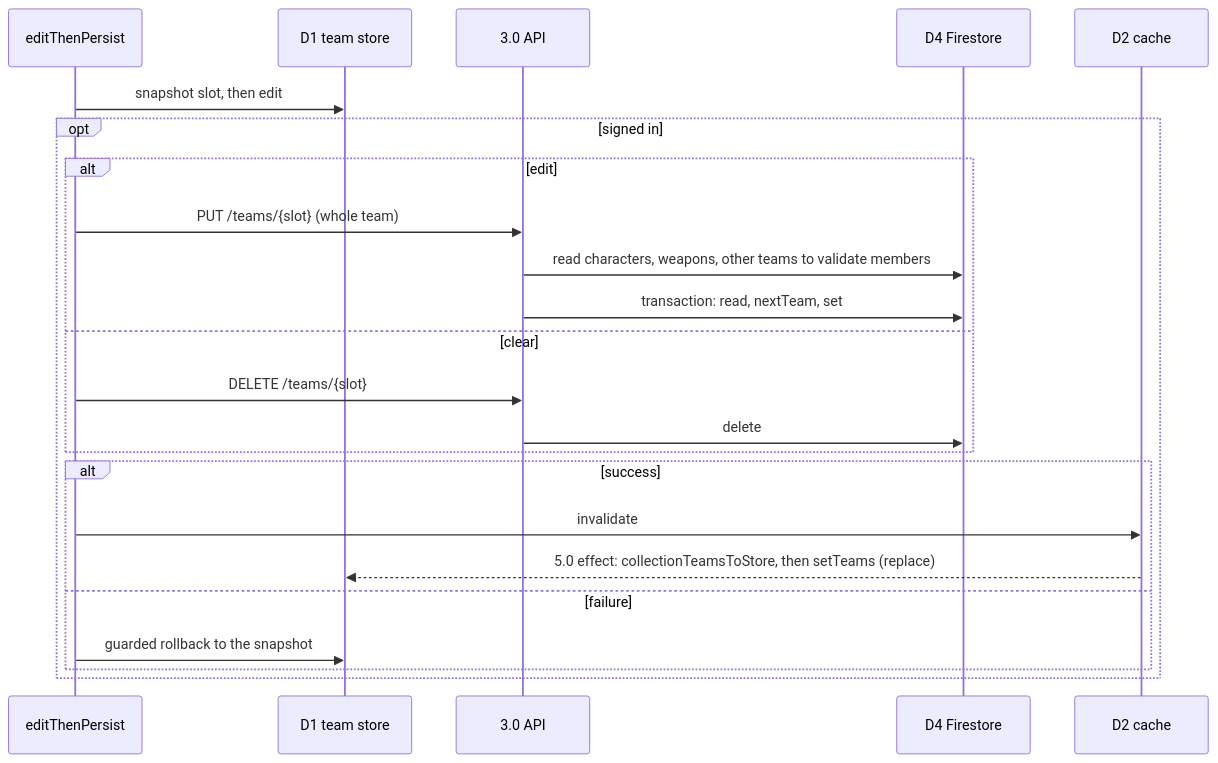
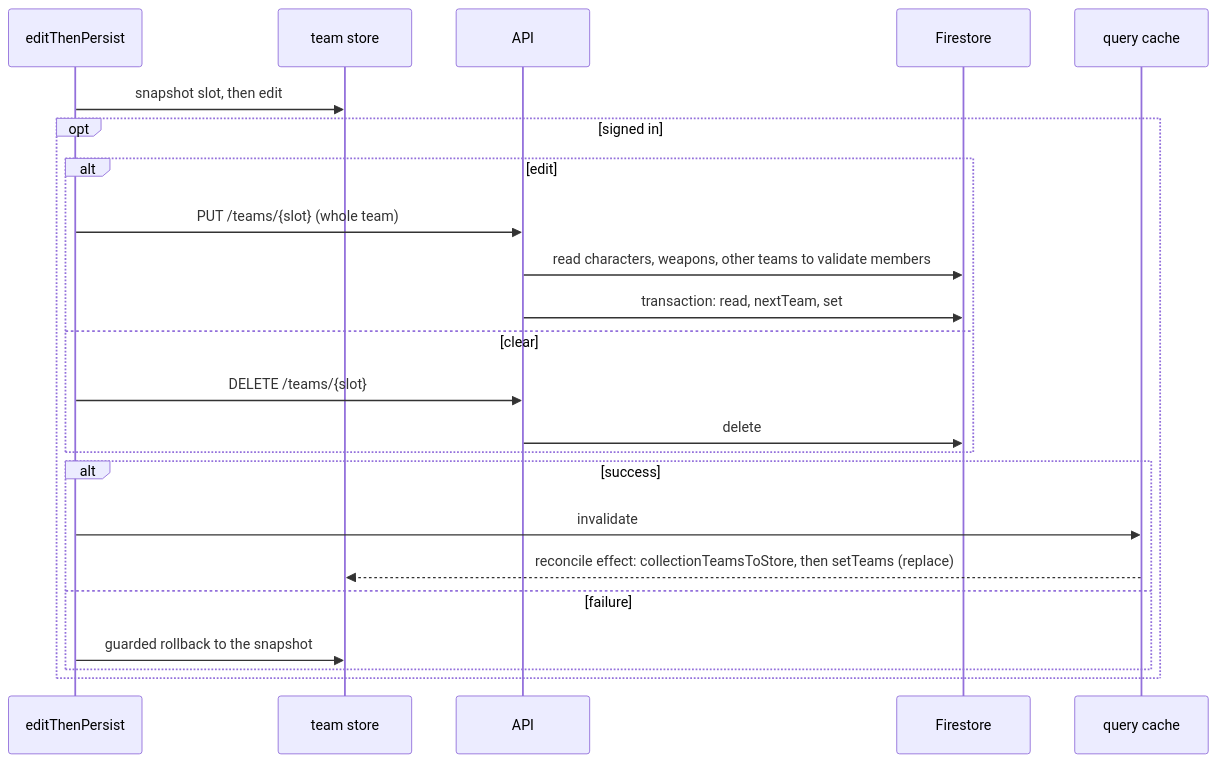
One commit to dungeon-studio/genshin.dungeon.studio changed the third of 4 diagrams in docs/reference/data-flow-write-paths.md. Above: the diagram before and after it, drawn with Mermaid. The commit also changed other lines of this file and 2 other files, not shown here.

First line of the commit message:
docs: name data flow stores and processes in prose

````diff
--- a/docs/reference/data-flow-write-paths.md
+++ b/docs/reference/data-flow-write-paths.md
@@ -117,26 +116,26 @@
 ```mermaid
 sequenceDiagram
   participant Hook as editThenPersist
-  participant Store as D1 team store
-  participant API as 3.0 API
-  participant FS as D4 Firestore
-  participant Cache as D2 cache
+  participant Store as team store
+  participant API as API
+  participant FS as Firestore
+  participant Cache as query cache
 
   Hook->>Store: snapshot slot, then edit
   opt signed in
     alt edit
       Hook->>API: PUT /teams/{slot} (whole team)
       API->>FS: read characters, weapons, other teams to validate members
       API->>FS: transaction: read, nextTeam, set
     else clear
       Hook->>API: DELETE /teams/{slot}
       API->>FS: delete
     end
     alt success
       Hook->>Cache: invalidate
-      Cache-->>Store: 5.0 effect: collectionTeamsToStore, then setTeams (replace)
+      Cache-->>Store: reconcile effect: collectionTeamsToStore, then setTeams (replace)
     else failure
       Hook->>Store: guarded rollback to the snapshot
     end
   end
 ```
````
